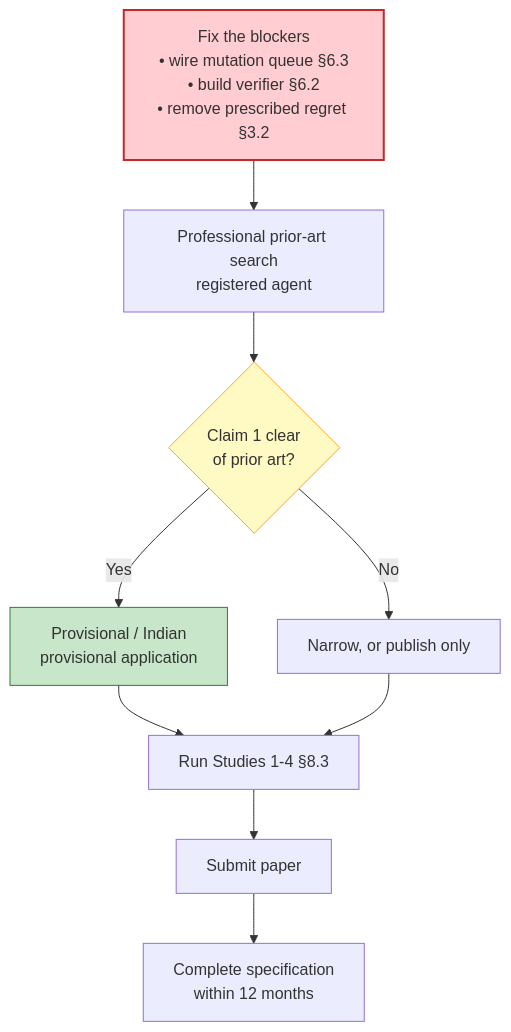
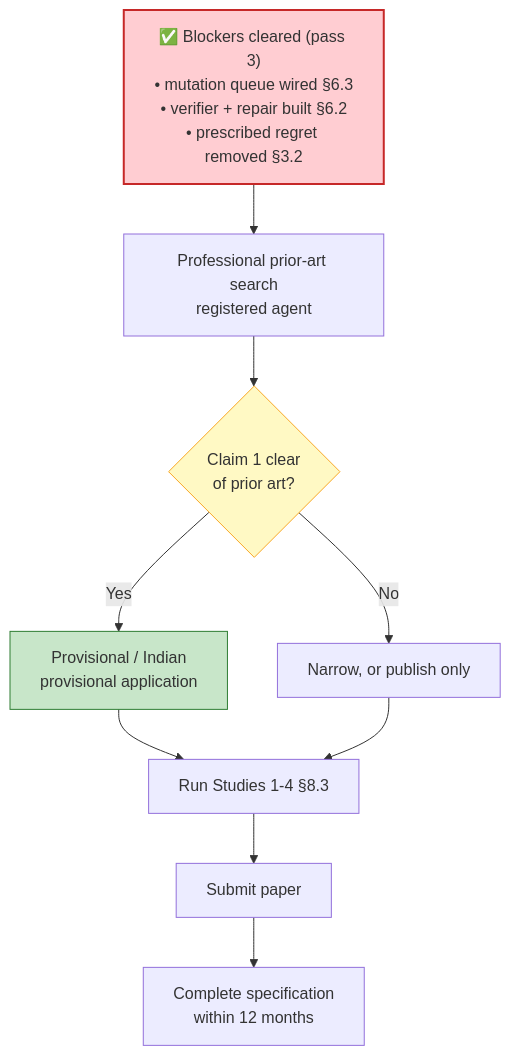
The fifth of 5 diagrams in docs/RESEARCH.md (HarshTambade/Radiator-Routes), drawn with Mermaid before and after one commit. The commit also changed other lines of this file and 3 other files, not shown here.

````diff
--- a/docs/RESEARCH.md
+++ b/docs/RESEARCH.md
@@ -730,15 +946,15 @@
 ```mermaid
 flowchart TB
-    A["Fix the blockers<br/>• wire mutation queue §6.3<br/>• build verifier §6.2<br/>• remove prescribed regret §3.2"] --> B[Professional prior-art search<br/>registered agent]
+    A["✅ Blockers cleared (pass 3)<br/>• mutation queue wired §6.3<br/>• verifier + repair built §6.2<br/>• prescribed regret removed §3.2"] --> B[Professional prior-art search<br/>registered agent]
     B --> C{Claim 1 clear<br/>of prior art?}
     C -->|No| D[Narrow, or publish only]
     C -->|Yes| E[Provisional / Indian<br/>provisional application]
     E --> F[Run Studies 1-4 §8.3]
     F --> G[Submit paper]
     G --> H[Complete specification<br/>within 12 months]
     D --> F
 
     style A fill:#ffcdd2,stroke:#c62828,stroke-width:2px
     style E fill:#c8e6c9,stroke:#2e7d32
     style C fill:#fff9c4,stroke:#f9a825
 ```
````
